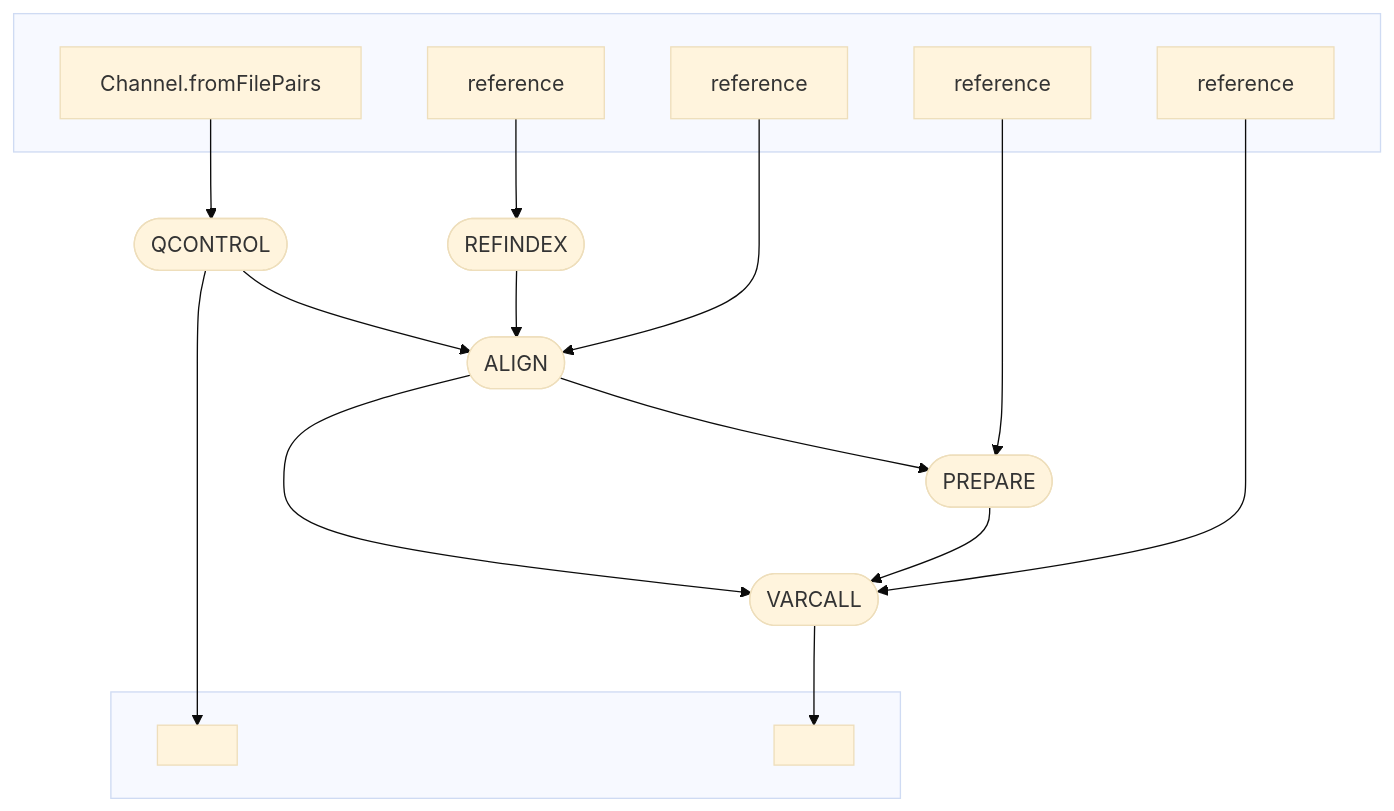
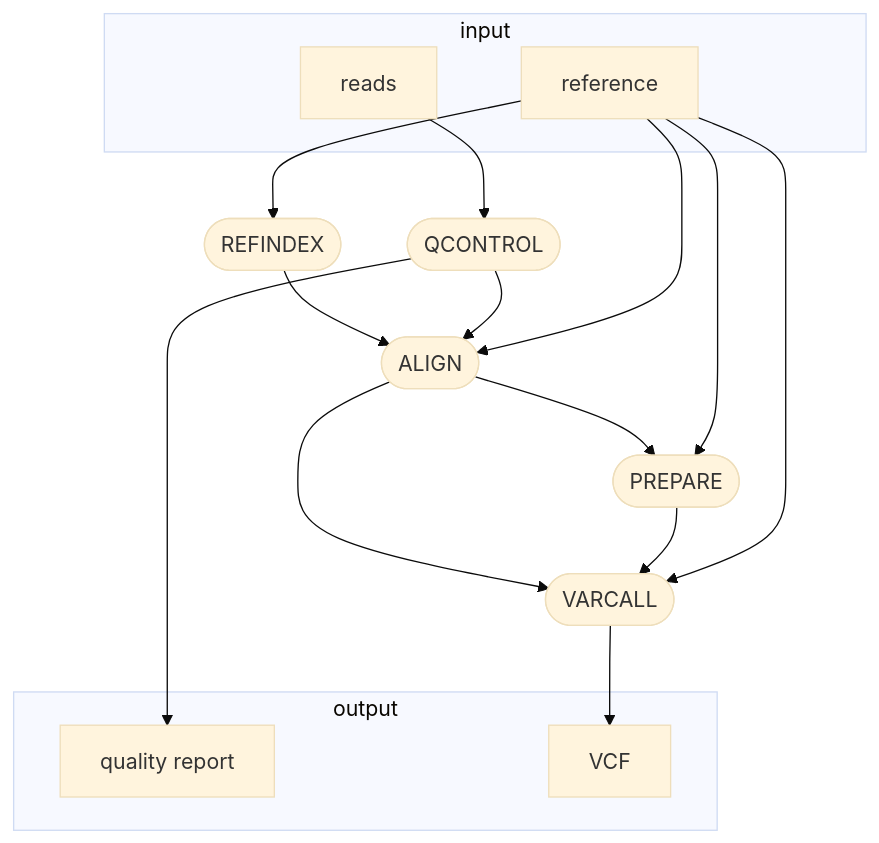
One commit to glebus-sasha/deepvariant_nf changed the diagram in README.md. Above: the diagram before and after it, drawn with Mermaid (base theme).

````diff
--- a/README.md
+++ b/README.md
@@ -5,31 +5,28 @@
 ```mermaid
 flowchart TB
-    subgraph " "
-    v0["Channel.fromFilePairs"]
+    subgraph "input"
+    v0["reads"]
     v1["reference"]
-    v5["reference"]
-    v7["reference"]
-    v9["reference"]
     end
     v2([REFINDEX])
     v3([QCONTROL])
-    subgraph " "
-    v4[" "]
-    v11[" "]
+    subgraph "output"
+    v4["quality report"]
+    v11["VCF"]
     end
     v6([ALIGN])
     v8([PREPARE])
     v10([VARCALL])
     v0 --> v3
     v1 --> v2
     v2 --> v6
     v3 --> v6
     v3 --> v4
-    v5 --> v6
+    v1 --> v6
     v6 --> v8
     v6 --> v10
-    v7 --> v8
+    v1 --> v8
     v8 --> v10
-    v9 --> v10
+    v1 --> v10
     v10 --> v11
 ```
````
